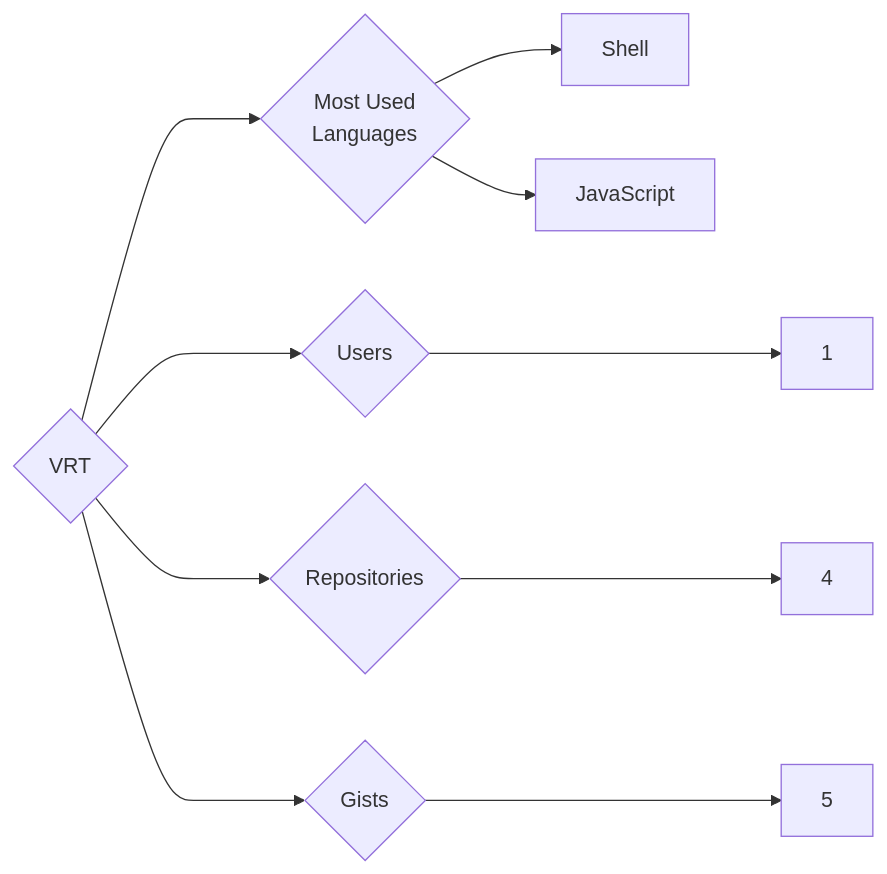
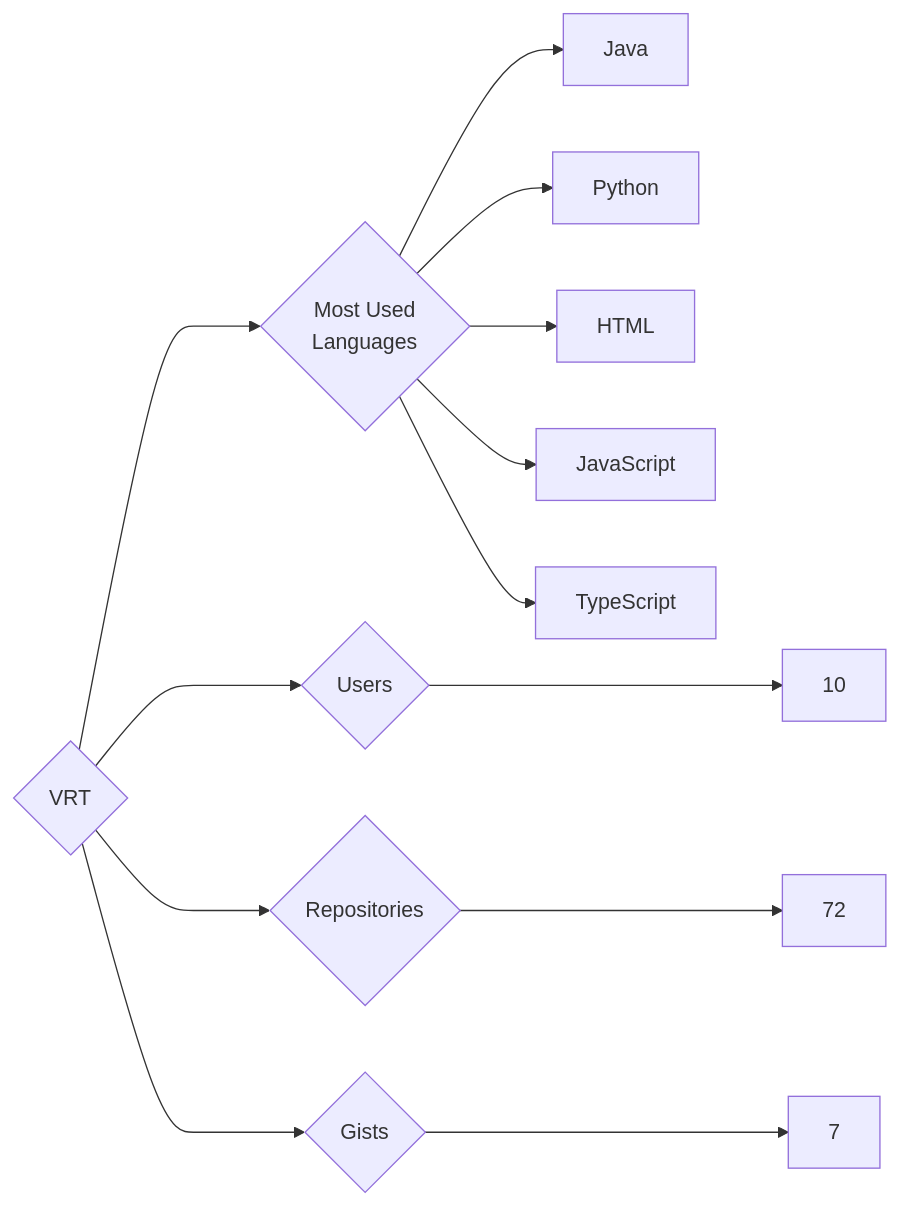
Before and after one commit to trickest/insiders: the diagram in targets/VRT/README.md, drawn with Mermaid. The commit also changed 970 other files, not shown here.

````diff
--- a/targets/VRT/README.md
+++ b/targets/VRT/README.md
@@ -3,10 +3,13 @@
 ```mermaid
 graph LR
 COMPANY_NAME{VRT}
-COMPANY_NAME ---> U{Users} ---> UN[1]
-COMPANY_NAME ---> R{Repositories} ---> RN[4]
-COMPANY_NAME ---> G{Gists} ---> GN[5]
+COMPANY_NAME ---> U{Users} ---> UN[10]
+COMPANY_NAME ---> R{Repositories} ---> RN[72]
+COMPANY_NAME ---> G{Gists} ---> GN[7]
 COMPANY_NAME ---> ML{Most Used<br>Languages}
-ML --> Shell[Shell]
+ML --> Java[Java]
+ML --> Python[Python]
+ML --> HTML[HTML]
 ML --> JavaScript[JavaScript]
+ML --> TypeScript[TypeScript]
 ```
````
